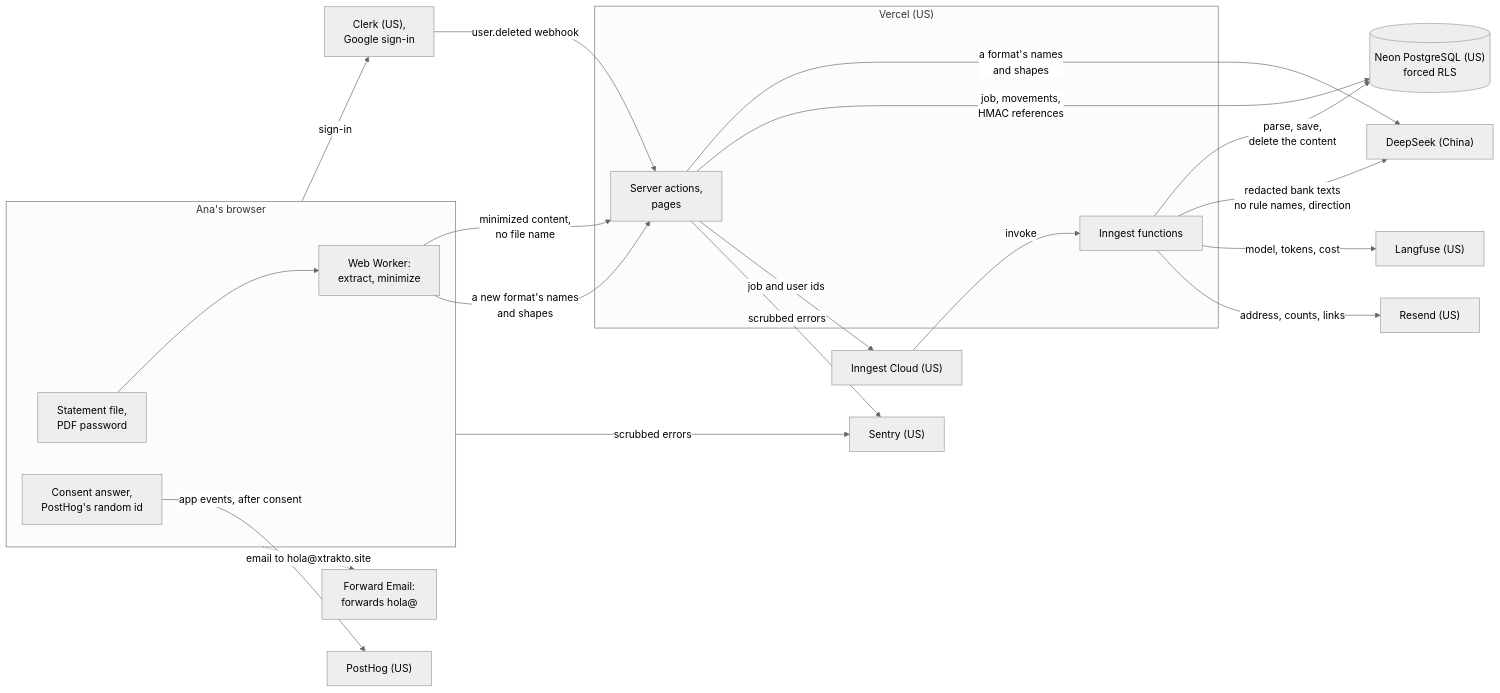
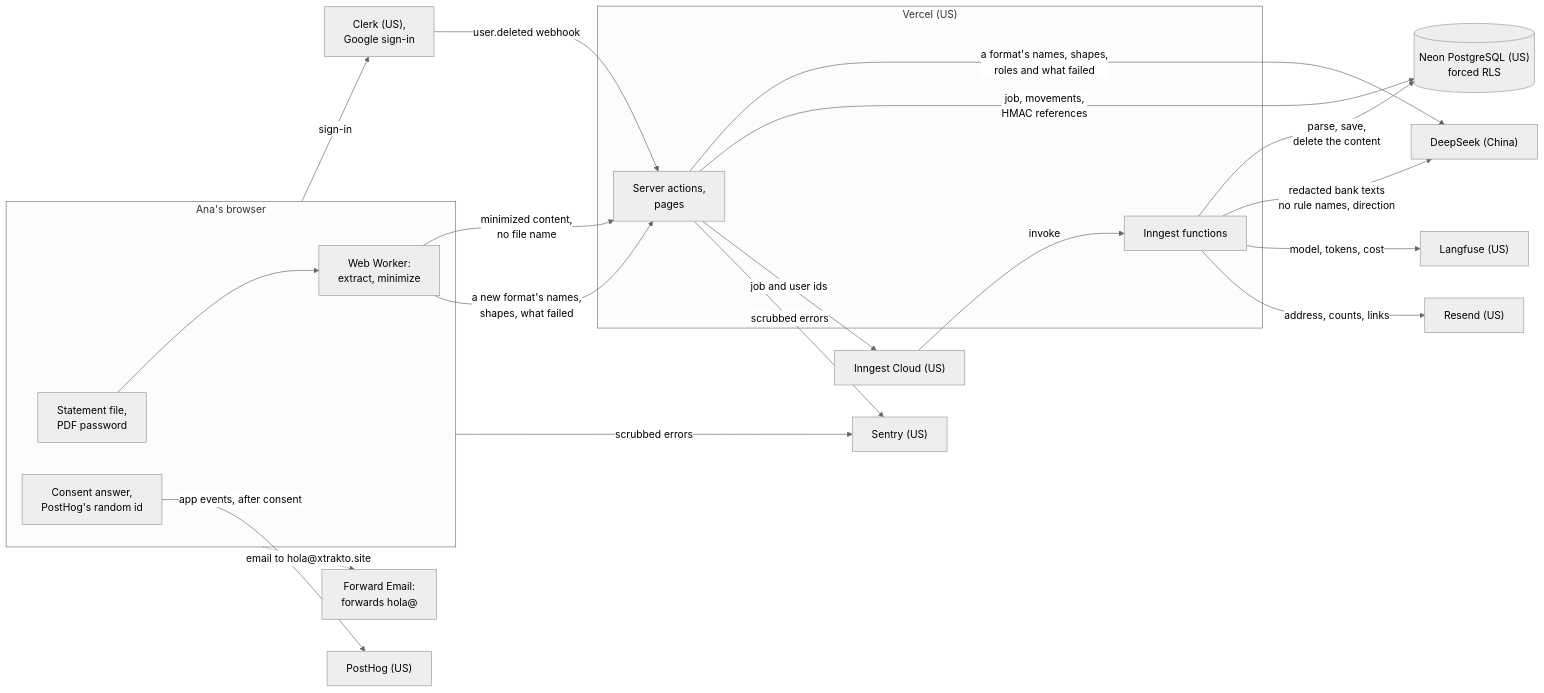
The diagram in docs/data-flow.md (ingcarlostello/xtrakto), drawn with Mermaid (neutral theme) before and after one commit. The commit also changed other lines of this file and 5 other files, not shown here.

````diff
--- a/docs/data-flow.md
+++ b/docs/data-flow.md
@@ -7,39 +7,39 @@
 ```mermaid
 flowchart LR
     subgraph Browser["Ana's browser"]
         F["Statement file,<br/>PDF password"]
         W["Web Worker:<br/>extract, minimize"]
         C["Consent answer,<br/>PostHog's random id"]
         F --> W
     end
     subgraph Vercel["Vercel (US)"]
         S["Server actions,<br/>pages"]
         J["Inngest functions"]
     end
     DB[("Neon PostgreSQL (US)<br/>forced RLS")]
     I["Inngest Cloud (US)"]
     K["Clerk (US),<br/>Google sign-in"]
     SE["Sentry (US)"]
     PH["PostHog (US)"]
     DS["DeepSeek (China)"]
     LF["Langfuse (US)"]
     RS["Resend (US)"]
     H["Forward Email:<br/>forwards hola@"]
 
     W -- "minimized content,<br/>no file name" --> S
-    W -- "a new format's names<br/>and shapes" --> S
-    S -- "a format's names<br/>and shapes" --> DS
+    W -- "a new format's names,<br/>shapes, what failed" --> S
+    S -- "a format's names, shapes,<br/>roles and what failed" --> DS
     S -- "job, movements,<br/>HMAC references" --> DB
     S -- "job and user ids" --> I
     I -- "invoke" --> J
     J -- "parse, save,<br/>delete the content" --> DB
     J -- "redacted bank texts<br/>no rule names, direction" --> DS
     J -- "model, tokens, cost" --> LF
     J -- "address, counts, links" --> RS
     Browser -- "sign-in" --> K
     K -- "user.deleted webhook" --> S
     Browser -- "scrubbed errors" --> SE
     S -- "scrubbed errors" --> SE
     C -- "app events, after consent" --> PH
     Browser -. "email to hola@xtrakto.site" .-> H
 ```
````
